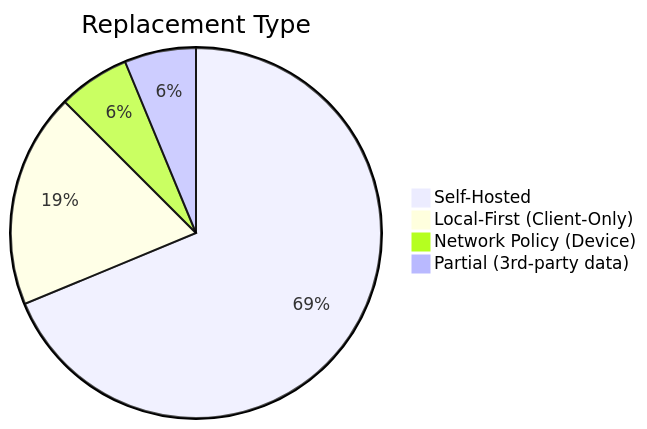
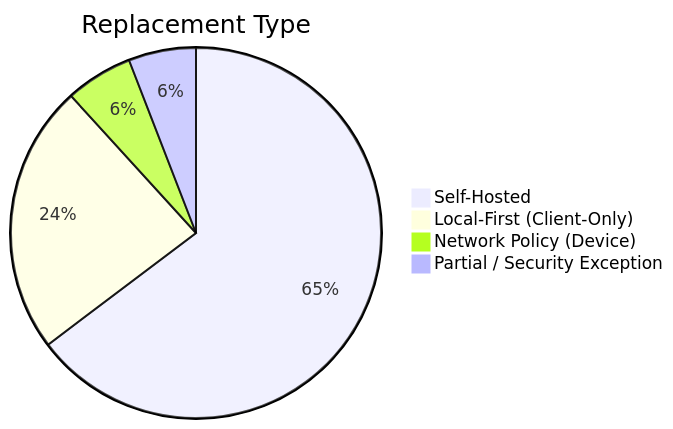
The second of 6 diagrams in README.md (Kf1sh27/DeGoogle), drawn with Mermaid before and after one commit. The commit also changed other lines of this file, not shown here.

Commit message:
Add Vanadium and document banking and UPI security exceptions

````diff
--- a/README.md
+++ b/README.md
@@ -131,7 +139,7 @@
 ```mermaid
 pie title Replacement Type
     "Self-Hosted" : 11
-    "Local-First (Client-Only)" : 3
+    "Local-First (Client-Only)" : 4
     "Network Policy (Device)" : 1
-    "Partial (3rd-party data)" : 1
+    "Partial / Security Exception" : 1
 ```
````
